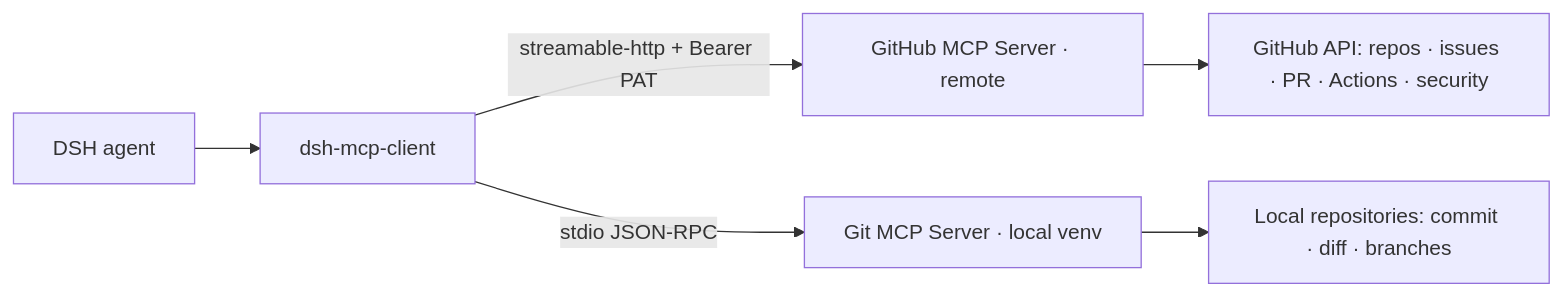
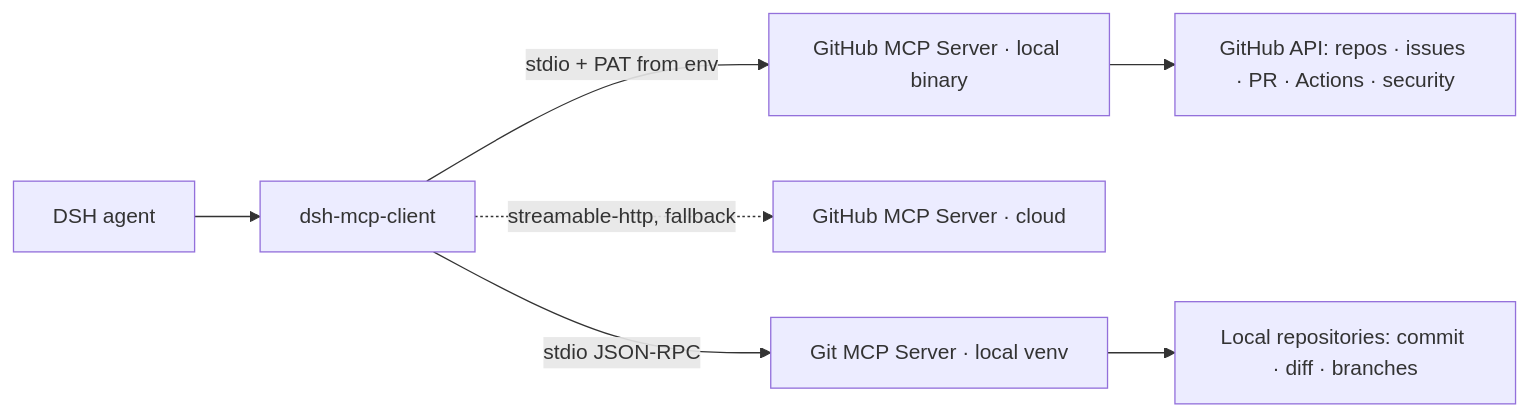
Before and after one commit to rukazax/deepseek_harness: the second of 2 diagrams in packages/mcp-github-universal/README.md, drawn with Mermaid. The commit also changed other lines of this file and 3 other files, not shown here.

Commit message:
feat(mcp-github-universal): local github-mcp-server binary as the 'github' toolset; cloud endpoint demoted to github-cloud fallback; v0.2.0

````diff
--- a/packages/mcp-github-universal/README.md
+++ b/packages/mcp-github-universal/README.md
@@ -131,8 +135,9 @@
 ```mermaid
 flowchart LR
     A[DSH agent] --> B[dsh-mcp-client]
-    B -->|streamable-http + Bearer PAT| C[GitHub MCP Server · remote]
+    B -->|stdio + PAT from env| C[GitHub MCP Server · local binary]
     C --> D[GitHub API: repos · issues · PR · Actions · security]
+    B -.->|streamable-http, fallback| G[GitHub MCP Server · cloud]
     B -->|stdio JSON-RPC| E[Git MCP Server · local venv]
     E --> F[Local repositories: commit · diff · branches]
 ```
````
